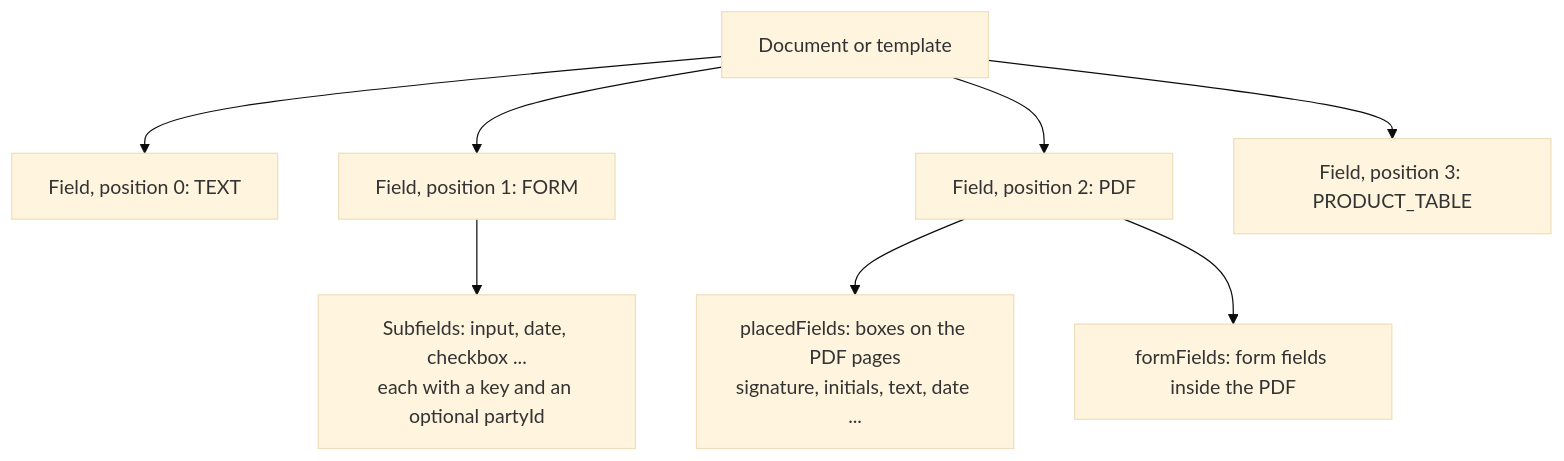
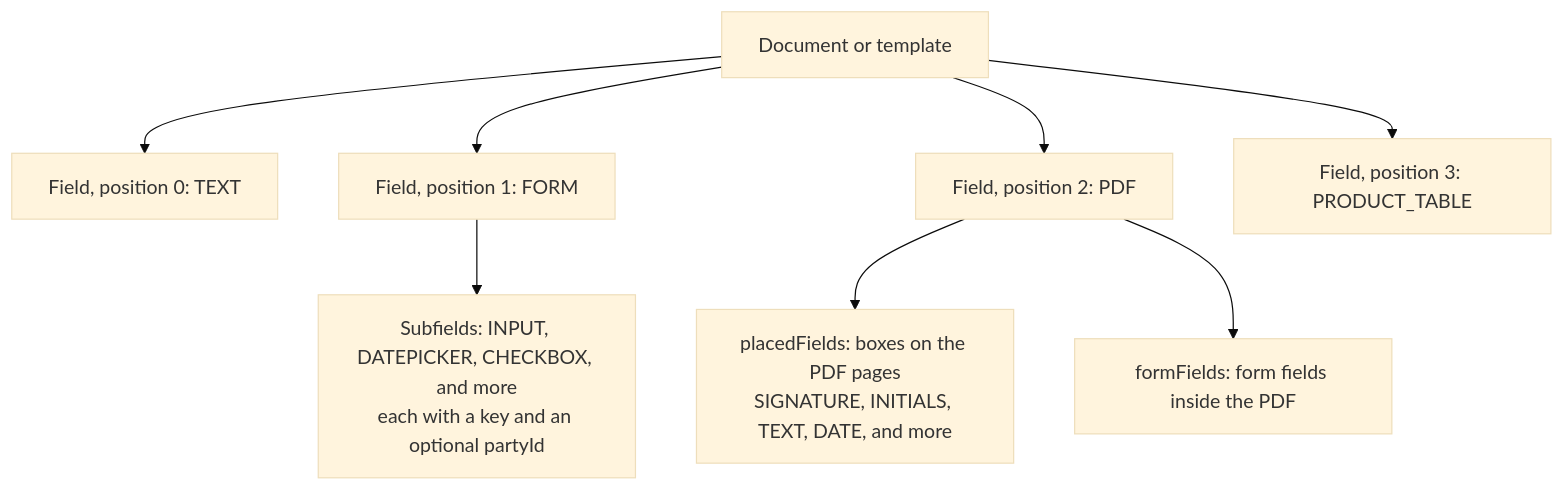
One commit to sajn-se/sajn-docs changed the diagram in concepts/fields.mdx. Above: the diagram before and after it, drawn with Mermaid (base theme). The commit also changed other lines of this file and 83 other files, not shown here.

````diff
--- a/concepts/fields.mdx
+++ b/concepts/fields.mdx
@@ -10,10 +10,10 @@
 ```mermaid
 flowchart TD
     doc["Document or template"] --> f0["Field, position 0: TEXT"]
     doc --> f1["Field, position 1: FORM"]
     doc --> f2["Field, position 2: PDF"]
     doc --> f3["Field, position 3: PRODUCT_TABLE"]
-    f1 --> sub["Subfields: input, date, checkbox ...<br/>each with a key and an optional partyId"]
-    f2 --> placed["placedFields: boxes on the PDF pages<br/>signature, initials, text, date ..."]
+    f1 --> sub["Subfields: INPUT, DATEPICKER, CHECKBOX, and more<br/>each with a key and an optional partyId"]
+    f2 --> placed["placedFields: boxes on the PDF pages<br/>SIGNATURE, INITIALS, TEXT, DATE, and more"]
     f2 --> acro["formFields: form fields inside the PDF"]
 ```
````
